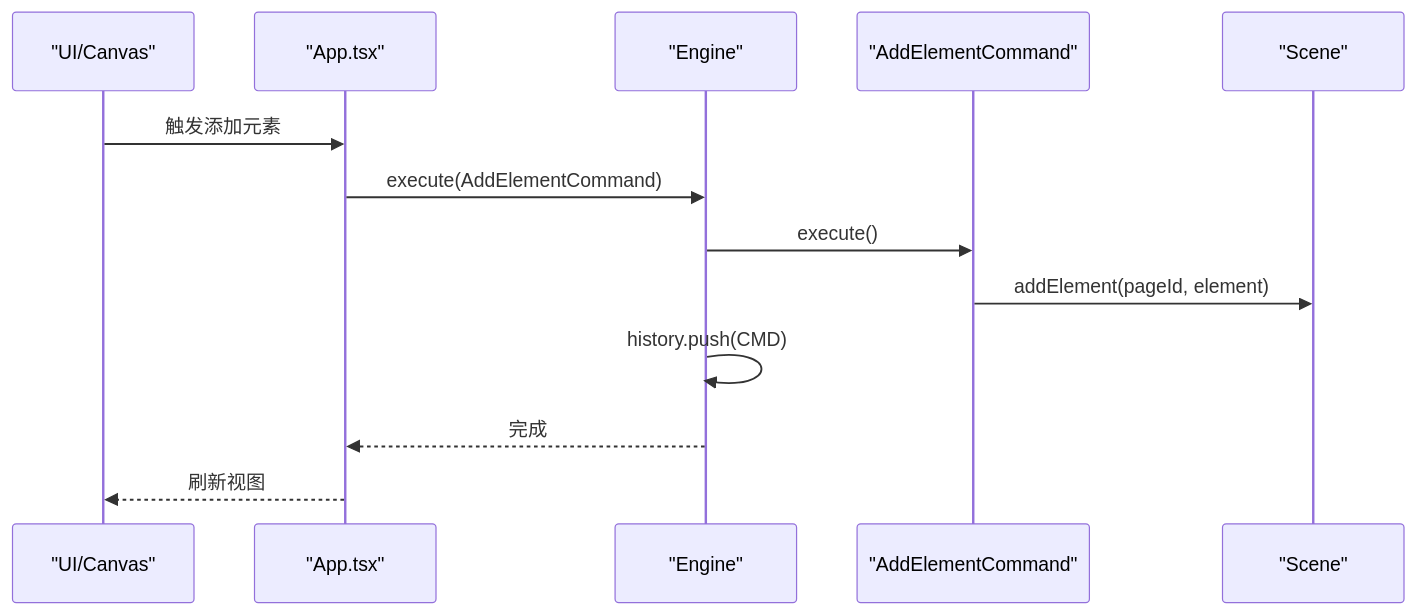
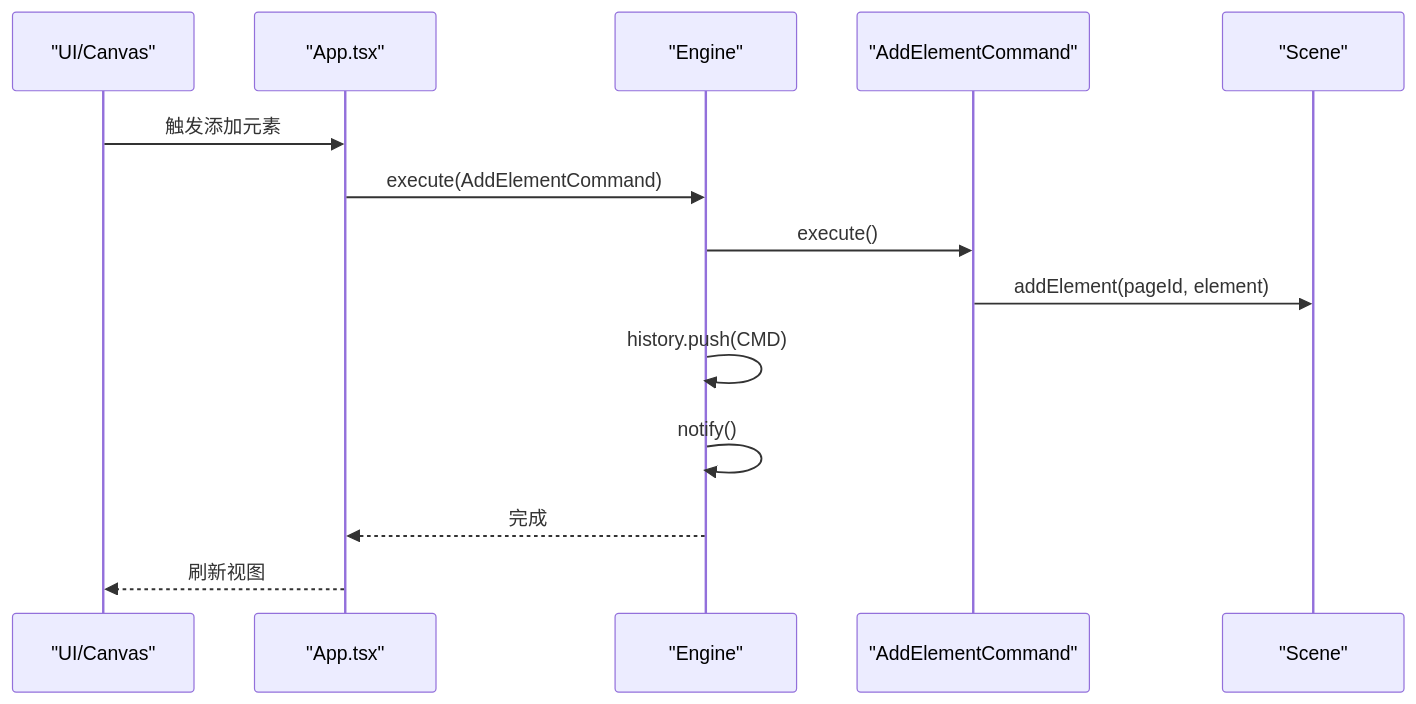
Before and after one commit to Anna0314zy/ai_editor_enginer: the fifth of 11 diagrams in .qoder/repowiki/zh/content/核心架构/核心架构.md, drawn with Mermaid. The commit also changed other lines of this file and 7 other files, not shown here.

````diff
--- a/.qoder/repowiki/zh/content/核心架构/核心架构.md
+++ b/.qoder/repowiki/zh/content/核心架构/核心架构.md
@@ -226,15 +358,16 @@
 ```mermaid
 sequenceDiagram
 participant UI as "UI/Canvas"
 participant APP as "App.tsx"
 participant ENG as "Engine"
 participant CMD as "AddElementCommand"
 participant SCN as "Scene"
 UI->>APP : 触发添加元素
 APP->>ENG : execute(AddElementCommand)
 ENG->>CMD : execute()
 CMD->>SCN : addElement(pageId, element)
 ENG->>ENG : history.push(CMD)
+ENG->>ENG : notify()
 ENG-->>APP : 完成
 APP-->>UI : 刷新视图
 ```
````
